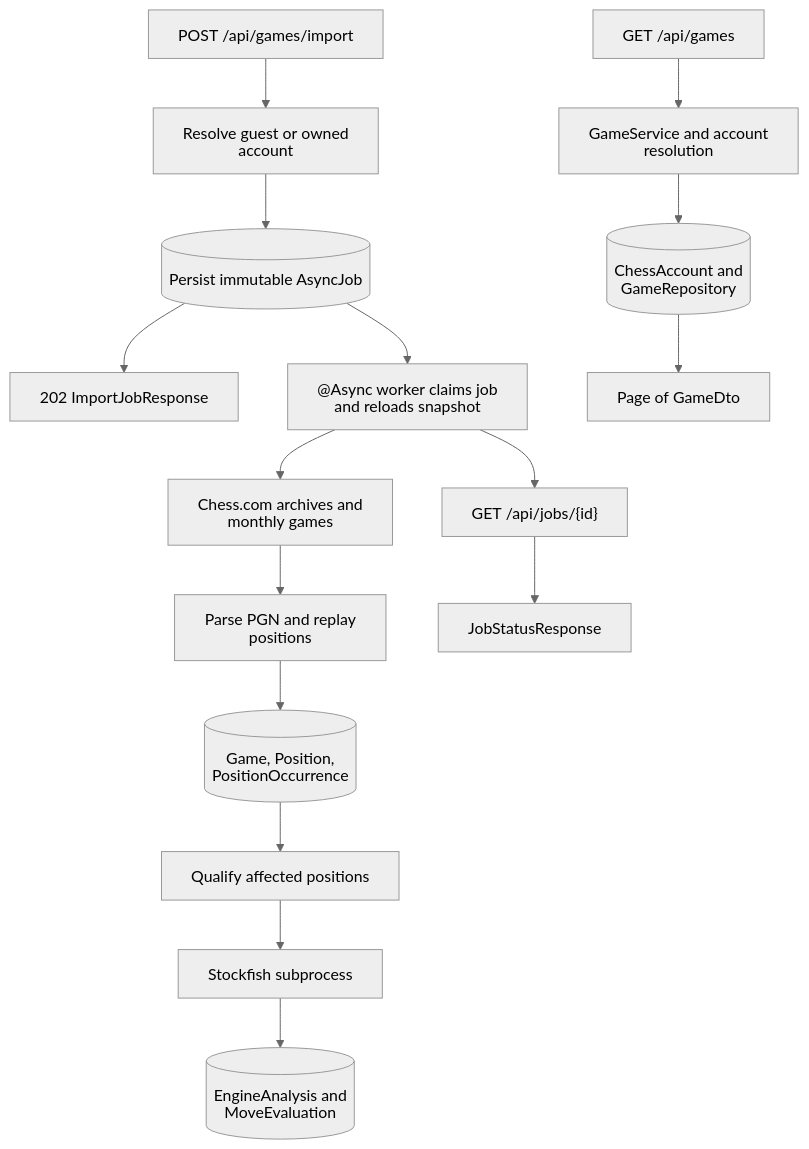
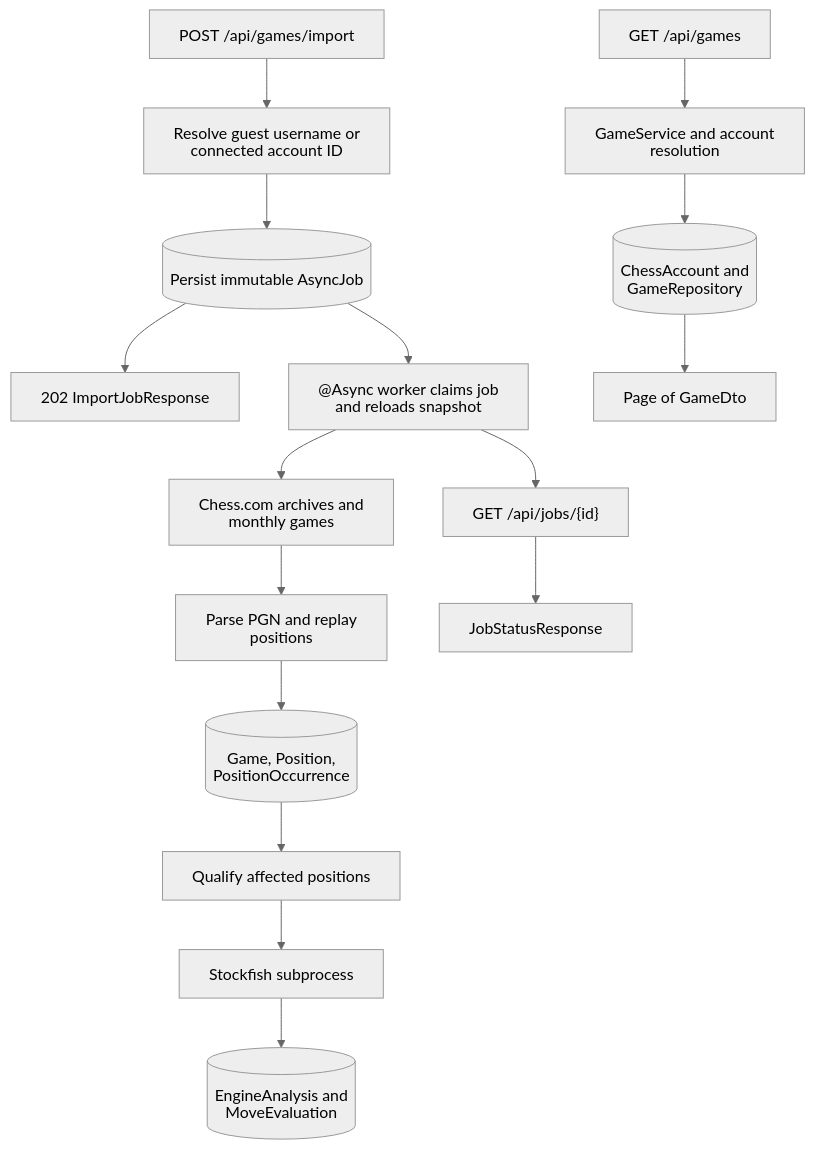
The third of 10 diagrams in docs/architecture/backend-architecture.md (NathanZK/ChessEcho), drawn with Mermaid (neutral theme) before and after one commit. The commit also changed other lines of this file and 57 other files, not shown here.

````diff
--- a/docs/architecture/backend-architecture.md
+++ b/docs/architecture/backend-architecture.md
@@ -117,19 +120,19 @@
 ```mermaid
 %%{init: {"htmlLabels": false, "flowchart": {"htmlLabels": false}}}%%
 flowchart TB
-    Start[POST /api/games/import] --> Own[Resolve guest or owned account]
+    Start[POST /api/games/import] --> Own[Resolve guest username or connected account ID]
     Own --> Job[(Persist immutable AsyncJob)]
     Job --> Accepted[202 ImportJobResponse]
     Job --> Worker["@Async worker claims job and reloads snapshot"]
     Worker --> PubAPI[Chess.com archives and monthly games]
     PubAPI --> Parse[Parse PGN and replay positions]
     Parse --> UserData[(Game, Position, PositionOccurrence)]
     UserData --> Qualify[Qualify affected positions]
     Qualify --> Stockfish[Stockfish subprocess]
     Stockfish --> EngineData[(EngineAnalysis and MoveEvaluation)]
     Worker --> Poll["GET /api/jobs/{id}"]
     Poll --> Status[JobStatusResponse]
     Games[GET /api/games] --> GameService[GameService and account resolution]
     GameService --> GameRows[(ChessAccount and GameRepository)]
     GameRows --> GamePage[Page of GameDto]
 ```
````
